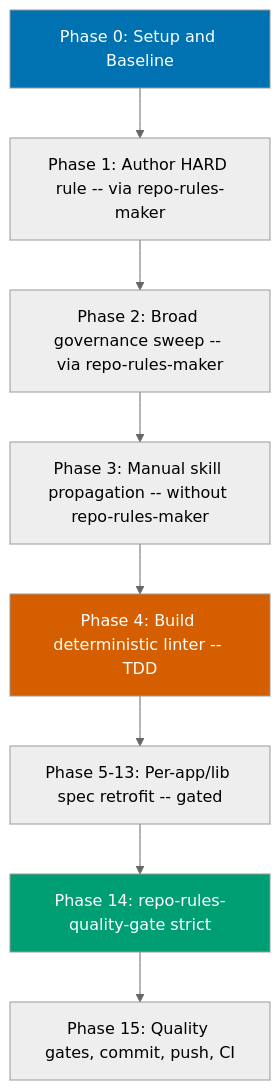
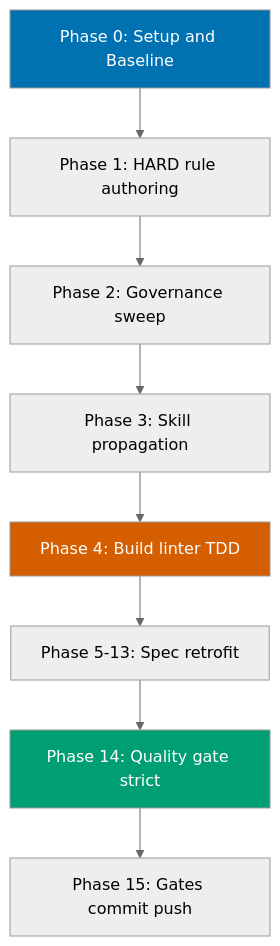
Before and after one commit to wahidyankf/baseerah: the diagram in plans/in-progress/gherkin-step-keyword-cardinality/README.md, drawn with Mermaid (neutral theme). The commit also changed 4 other files, not shown here.

````diff
--- a/plans/in-progress/gherkin-step-keyword-cardinality/README.md
+++ b/plans/in-progress/gherkin-step-keyword-cardinality/README.md
@@ -54,15 +54,15 @@
 ```mermaid
 flowchart TB
-  P0[Phase 0: Setup and Baseline] --> P1[Phase 1: Author HARD rule -- via repo-rules-maker]
-  P1 --> P2[Phase 2: Broad governance sweep -- via repo-rules-maker]
-  P2 --> P3[Phase 3: Manual skill propagation -- without repo-rules-maker]
-  P3 --> P4[Phase 4: Build deterministic linter -- TDD]
-  P4 --> P5[Phase 5-13: Per-app/lib spec retrofit -- gated]
-  P5 --> P14[Phase 14: repo-rules-quality-gate strict]
-  P14 --> P15[Phase 15: Quality gates, commit, push, CI]
+  P0[Phase 0: Setup and Baseline] --> P1[Phase 1: HARD rule authoring]
+  P1 --> P2[Phase 2: Governance sweep]
+  P2 --> P3[Phase 3: Skill propagation]
+  P3 --> P4[Phase 4: Build linter TDD]
+  P4 --> P5[Phase 5-13: Spec retrofit]
+  P5 --> P14[Phase 14: Quality gate strict]
+  P14 --> P15[Phase 15: Gates commit push]
 
   %% color-blind-friendly palette
   style P0 fill:#0072B2,color:#ffffff
   style P4 fill:#D55E00,color:#ffffff
   style P14 fill:#009E73,color:#ffffff
 ```
````
